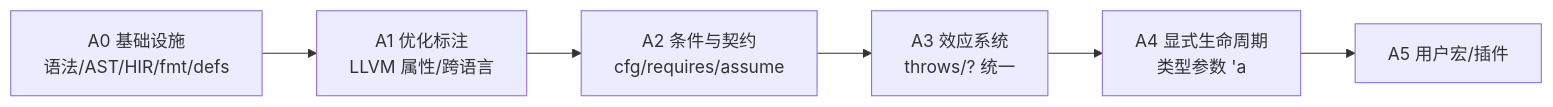
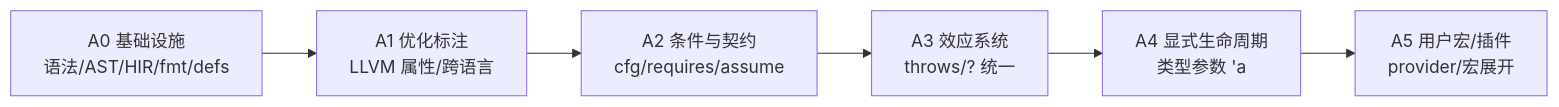
The third of 4 diagrams in docs/knowledge-graph.md (ayanami1ei/Ayanami-language), drawn with Mermaid before and after one commit. The commit also changed other lines of this file and 1 other file, not shown here.

Commit message:
docs(A5): 用户宏与插件系统设计（provider/宏模型/ADR-6~8）
- 标注名路径化 pkg::macro；内置保留裸名，库宏经 import 解析
- 宏只展开源码，不直接产生编译器级优化属性（ADR-7）
- 三种执行模型 M1 声明式/M2 编译期执行/M3 外部插件（待拍板）
- 整理 A2 小节顺序；路线图与知识图谱同步

````diff
--- a/docs/knowledge-graph.md
+++ b/docs/knowledge-graph.md
@@ -73,8 +73,8 @@
 ```mermaid
 graph LR
     A0[A0 基础设施<br/>语法/AST/HIR/fmt/defs] --> A1[A1 优化标注<br/>LLVM 属性/跨语言]
     A1 --> A2[A2 条件与契约<br/>cfg/requires/assume]
     A2 --> A3[A3 效应系统<br/>throws/? 统一]
     A3 --> A4[A4 显式生命周期<br/>类型参数 'a]
-    A4 --> A5[A5 用户宏/插件]
+    A4 --> A5[A5 用户宏/插件<br/>provider/宏展开]
 ```
````
